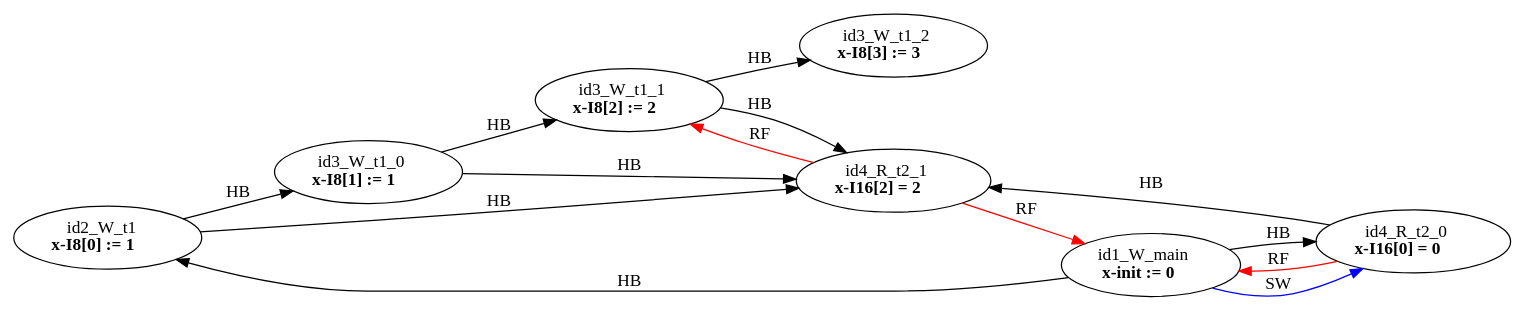
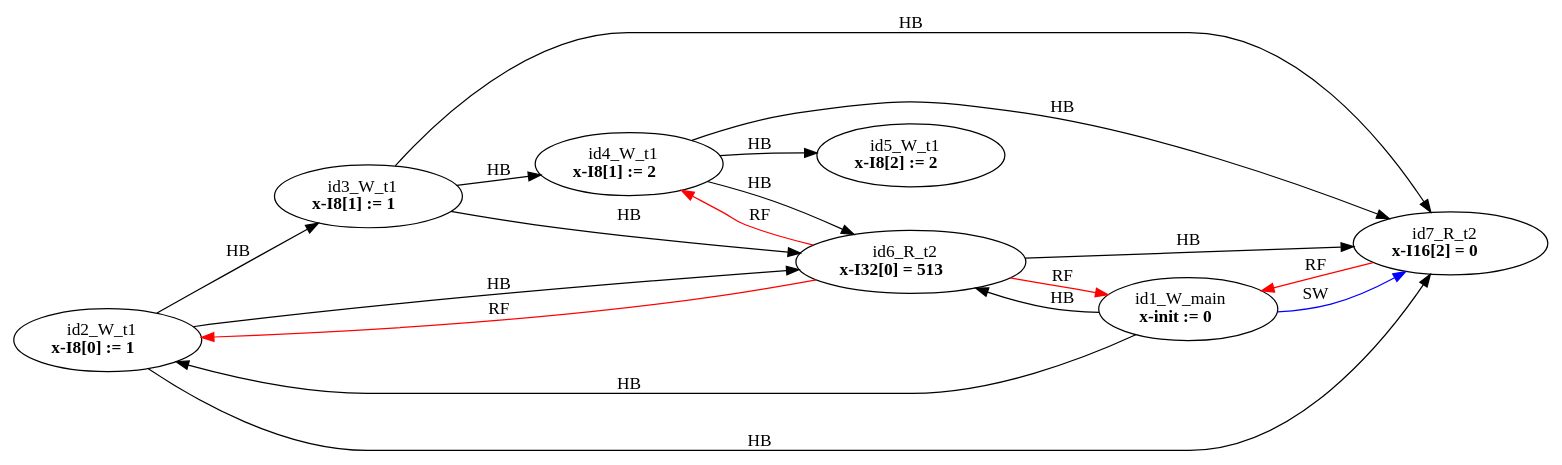
Before and after one commit to FMJS/EMME: the diagram in examples/single_var/sv_simple16/mm4.dot, drawn with Graphviz. The commit also changed 115 other files, not shown here.

```diff
--- a/examples/single_var/sv_simple16/mm4.dot
+++ b/examples/single_var/sv_simple16/mm4.dot
@@ -1,24 +1,28 @@
 digraph memory_model {
 rankdir=LR;
 splines=true; esep=0.5;
-id2_W_t1 -> id3_W_t1_0 [label = "HB", color="black"];
-id3_W_t1_0 -> id3_W_t1_1 [label = "HB", color="black"];
-id3_W_t1_1 -> id3_W_t1_2 [label = "HB", color="black"];
-id4_R_t2_0 -> id4_R_t2_1 [label = "HB", color="black"];
+id2_W_t1 -> id3_W_t1 [label = "HB", color="black"];
+id3_W_t1 -> id4_W_t1 [label = "HB", color="black"];
+id4_W_t1 -> id5_W_t1 [label = "HB", color="black"];
+id6_R_t2 -> id7_R_t2 [label = "HB", color="black"];
 id1_W_main -> id2_W_t1 [label = "HB", color="black"];
-id1_W_main -> id4_R_t2_0 [label = "HB", color="black"];
-id2_W_t1 -> id4_R_t2_1 [label = "HB", color="black"];
-id3_W_t1_0 -> id4_R_t2_1 [label = "HB", color="black"];
-id3_W_t1_1 -> id4_R_t2_1 [label = "HB", color="black"];
-id4_R_t2_0 -> id1_W_main [label = "RF", color="red"];
-id4_R_t2_1 -> id1_W_main [label = "RF", color="red"];
-id4_R_t2_1 -> id3_W_t1_1 [label = "RF", color="red"];
-id1_W_main -> id4_R_t2_0 [label = "SW", color="blue"];
+id1_W_main -> id6_R_t2 [label = "HB", color="black"];
+id2_W_t1 -> id6_R_t2 [label = "HB", color="black"];
+id2_W_t1 -> id7_R_t2 [label = "HB", color="black"];
+id3_W_t1 -> id6_R_t2 [label = "HB", color="black"];
+id3_W_t1 -> id7_R_t2 [label = "HB", color="black"];
+id4_W_t1 -> id6_R_t2 [label = "HB", color="black"];
+id4_W_t1 -> id7_R_t2 [label = "HB", color="black"];
+id6_R_t2 -> id1_W_main [label = "RF", color="red"];
+id6_R_t2 -> id2_W_t1 [label = "RF", color="red"];
+id6_R_t2 -> id4_W_t1 [label = "RF", color="red"];
+id7_R_t2 -> id1_W_main [label = "RF", color="red"];
+id1_W_main -> id7_R_t2 [label = "SW", color="blue"];
 id1_W_main [label=<id1_W_main<br/><B>x-init := 0</B>>, pos="2.5,8!"]
 id2_W_t1 [label=<id2_W_t1<br/><B>x-I8[0] := 1</B>>, pos="0,6!"]
-id3_W_t1_0 [label=<id3_W_t1_0<br/><B>x-I8[1] := 1</B>>, pos="0,4!"]
-id3_W_t1_1 [label=<id3_W_t1_1<br/><B>x-I8[2] := 2</B>>, pos="0,2!"]
-id3_W_t1_2 [label=<id3_W_t1_2<br/><B>x-I8[3] := 3</B>>, pos="0,0!"]
-id4_R_t2_0 [label=<id4_R_t2_0<br/><B>x-I16[0] = 0</B>>, pos="5,6!"]
-id4_R_t2_1 [label=<id4_R_t2_1<br/><B>x-I16[2] = 2</B>>, pos="5,4!"]
+id3_W_t1 [label=<id3_W_t1<br/><B>x-I8[1] := 1</B>>, pos="0,4!"]
+id4_W_t1 [label=<id4_W_t1<br/><B>x-I8[1] := 2</B>>, pos="0,2!"]
+id5_W_t1 [label=<id5_W_t1<br/><B>x-I8[2] := 2</B>>, pos="0,0!"]
+id6_R_t2 [label=<id6_R_t2<br/><B>x-I32[0] = 513</B>>, pos="5,6!"]
+id7_R_t2 [label=<id7_R_t2<br/><B>x-I16[2] = 0</B>>, pos="5,4!"]
 }
```
